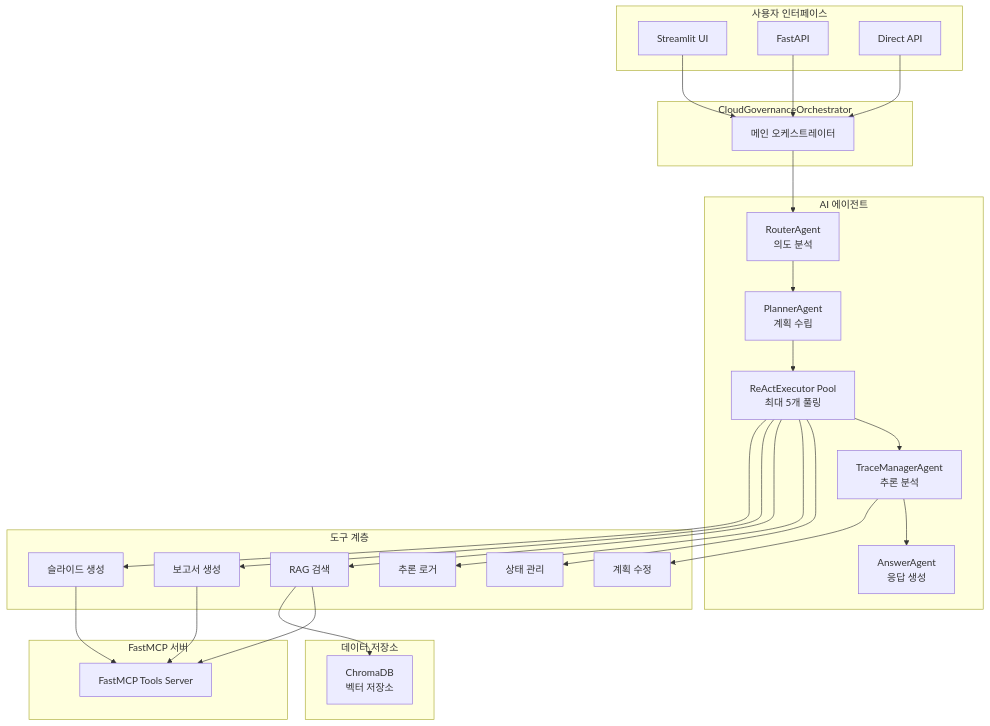
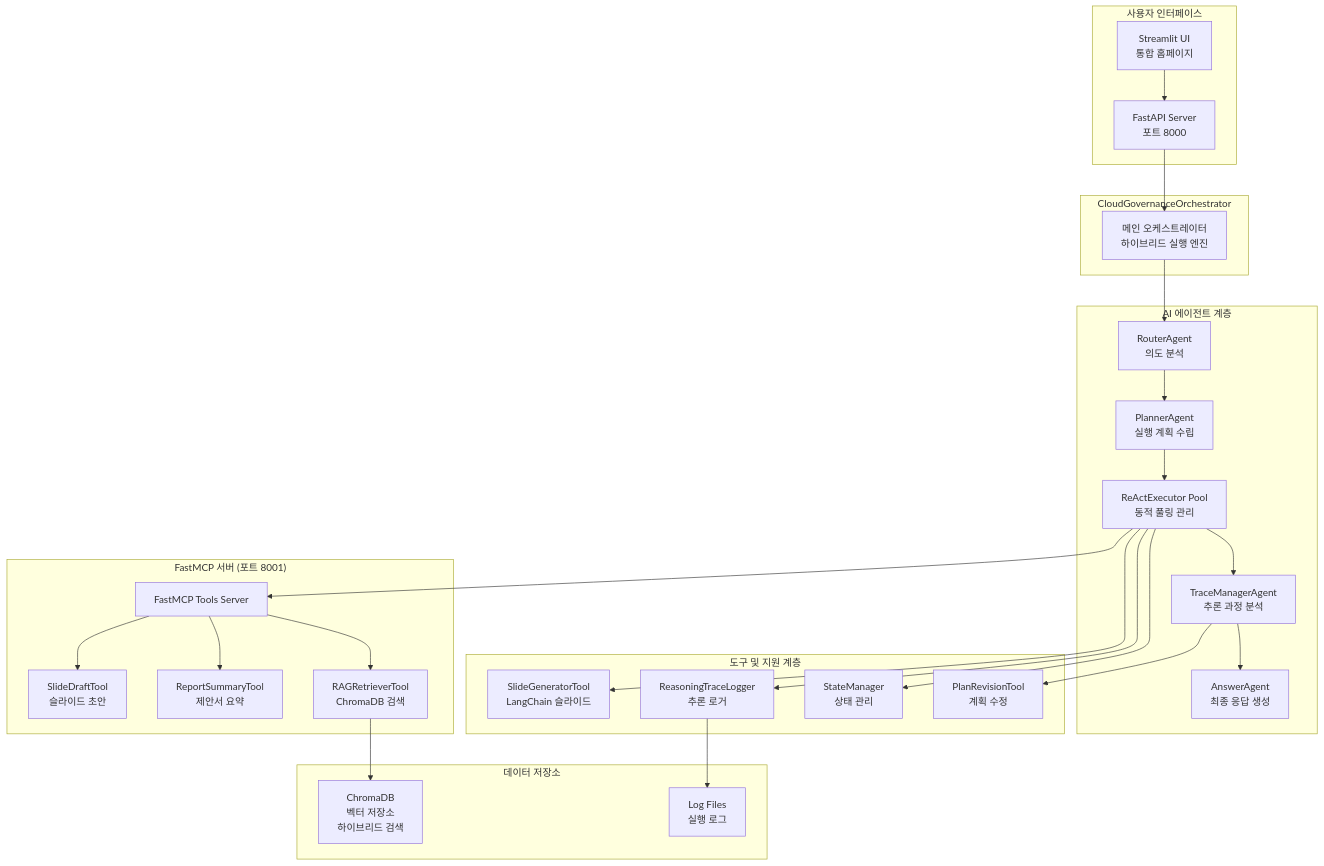
The first of 3 diagrams in README.md (Qulip/CloudRegiX), drawn with Mermaid before and after one commit. The commit also changed other lines of this file, not shown here.

````diff
--- a/README.md
+++ b/README.md
@@ -98,60 +98,60 @@
 ```mermaid
 graph TB
     subgraph "사용자 인터페이스"
-        UI[Streamlit UI]
-        API[FastAPI]
-        Direct[Direct API]
+        UI[Streamlit UI<br/>통합 홈페이지]
+        API[FastAPI Server<br/>포트 8000]
     end
 
     subgraph "CloudGovernanceOrchestrator"
-        Orchestrator[메인 오케스트레이터]
+        Orchestrator[메인 오케스트레이터<br/>하이브리드 실행 엔진]
     end
 
-    subgraph "AI 에이전트"
+    subgraph "AI 에이전트 계층"
         Router[RouterAgent<br/>의도 분석]
-        Planner[PlannerAgent<br/>계획 수립]
-        ExecutorPool[ReActExecutor Pool<br/>최대 5개 풀링]
-        TraceManager[TraceManagerAgent<br/>추론 분석]
-        Answer[AnswerAgent<br/>응답 생성]
+        Planner[PlannerAgent<br/>실행 계획 수립]
+        ExecutorPool[ReActExecutor Pool<br/>동적 풀링 관리]
+        TraceManager[TraceManagerAgent<br/>추론 과정 분석]
+        Answer[AnswerAgent<br/>최종 응답 생성]
     end
 
-    subgraph "도구 계층"
-        StateManager[상태 관리]
-        Logger[추론 로거]
-        Revision[계획 수정]
-        RAG[RAG 검색]
-        Report[보고서 생성]
-        Slide[슬라이드 생성]
+    subgraph "도구 및 지원 계층"
+        StateManager[StateManager<br/>상태 관리]
+        TraceLogger[ReasoningTraceLogger<br/>추론 로거]
+        PlanRevision[PlanRevisionTool<br/>계획 수정]
+        SlideGen[SlideGeneratorTool<br/>LangChain 슬라이드]
     end
 
-    subgraph "FastMCP 서버"
+    subgraph "FastMCP 서버 (포트 8001)"
         MCP[FastMCP Tools Server]
+        RAGTool[RAGRetrieverTool<br/>ChromaDB 검색]
+        ReportTool[ReportSummaryTool<br/>제안서 요약]
+        SlideDraft[SlideDraftTool<br/>슬라이드 초안]
     end
 
     subgraph "데이터 저장소"
-        ChromaDB[ChromaDB<br/>벡터 저장소]
+        ChromaDB[ChromaDB<br/>벡터 저장소<br/>하이브리드 검색]
+        LogFiles[Log Files<br/>실행 로그]
     end
 
-    UI --> Orchestrator
+    UI --> API
     API --> Orchestrator
-    Direct --> Orchestrator
 
     Orchestrator --> Router
     Router --> Planner
     Planner --> ExecutorPool
     ExecutorPool --> TraceManager
     TraceManager --> Answer
 
     ExecutorPool --> StateManager
-    ExecutorPool --> Logger
-    ExecutorPool --> RAG
-    ExecutorPool --> Report
-    ExecutorPool --> Slide
+    ExecutorPool --> TraceLogger
+    ExecutorPool --> SlideGen
+    TraceManager --> PlanRevision
 
-    TraceManager --> Revision
+    ExecutorPool --> MCP
+    MCP --> RAGTool
+    MCP --> ReportTool
+    MCP --> SlideDraft
 
-    RAG --> MCP
-    Report --> MCP
-    Slide --> MCP
-    RAG --> ChromaDB
+    RAGTool --> ChromaDB
+    TraceLogger --> LogFiles
 ```
````
